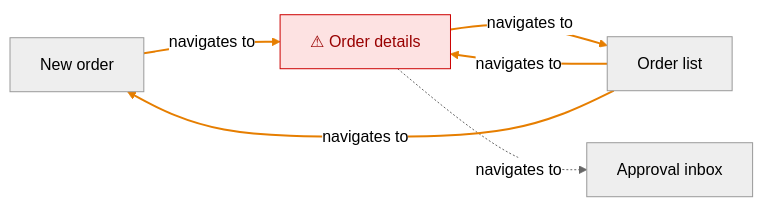
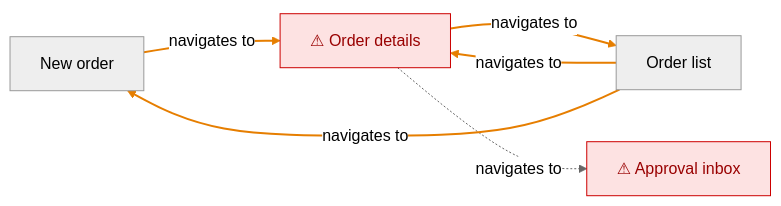
One commit to quark-sri/domainlore changed the second of 2 diagrams in examples/order-approval/knowledge/ordering/map.md. Above: the diagram before and after it, drawn with Mermaid (neutral theme). The commit also changed 26 other files, not shown here.

````diff
--- a/examples/order-approval/knowledge/ordering/map.md
+++ b/examples/order-approval/knowledge/ordering/map.md
@@ -30,19 +30,19 @@
 ```mermaid
 flowchart LR
   n_ordering_screens_new_order["New order"]
   n_ordering_screens_order_details["⚠ Order details"]
   n_ordering_screens_order_list["Order list"]
-  n_approvals_screens_approval_inbox["Approval inbox"]
+  n_approvals_screens_approval_inbox["⚠ Approval inbox"]
   n_ordering_screens_new_order -->|"navigates to"| n_ordering_screens_order_details
   n_ordering_screens_order_details -->|"navigates to"| n_ordering_screens_order_list
   n_ordering_screens_order_details -.->|"navigates to"| n_approvals_screens_approval_inbox
   n_ordering_screens_order_list -->|"navigates to"| n_ordering_screens_order_details
   n_ordering_screens_order_list -->|"navigates to"| n_ordering_screens_new_order
   linkStyle 0 stroke:#e67e00,stroke-width:2px
   linkStyle 1 stroke:#e67e00,stroke-width:2px
   linkStyle 3 stroke:#e67e00,stroke-width:2px
   linkStyle 4 stroke:#e67e00,stroke-width:2px
   classDef gap fill:#fde2e2,stroke:#c00,color:#900
   classDef unverified color:#777,stroke:#aaa
-  class n_ordering_screens_order_details gap
+  class n_ordering_screens_order_details,n_approvals_screens_approval_inbox gap
 ```
````
